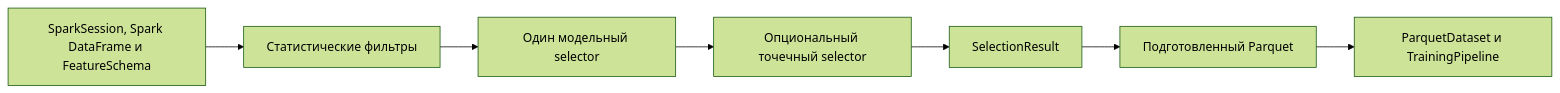
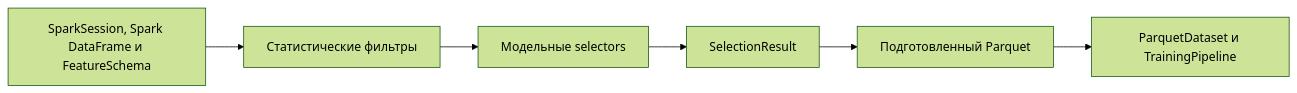
One commit to SDogya/fmlib changed the diagram in feature_selection_1.md. Above: the diagram before and after it, drawn with Mermaid (forest theme). The commit also changed other lines of this file and 40 other files, not shown here.

Commit message:
move boruta from precise to model_based

````diff
--- a/feature_selection_1.md
+++ b/feature_selection_1.md
@@ -39,17 +39,15 @@
 ```mermaid
 flowchart LR
     Input["SparkSession, Spark DataFrame и FeatureSchema"]
     Statistics["Статистические фильтры"]
-    Model["Один модельный selector"]
-    Precise["Опциональный точечный selector"]
+    Model["Модельные selectors"]
     Result["SelectionResult"]
     Prepared["Подготовленный Parquet"]
     Training["ParquetDataset и TrainingPipeline"]
 
     Input --> Statistics
     Statistics --> Model
-    Model --> Precise
-    Precise --> Result
+    Model --> Result
     Result --> Prepared
     Prepared --> Training
 ```
````
